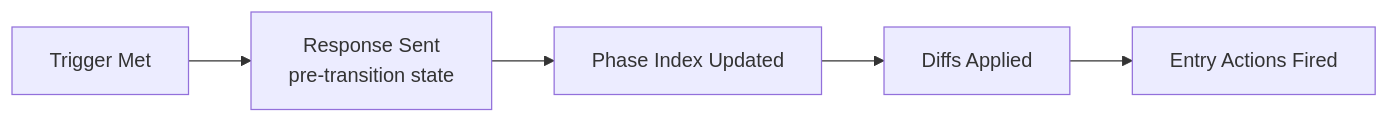
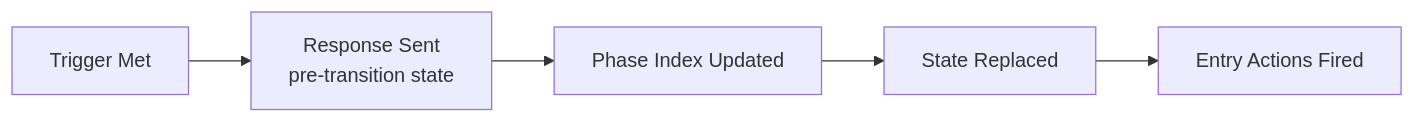
The second of 2 diagrams in docs-site/docs/explanation/phase-engine.mdx (thoughtgate/thoughtjack), drawn with Mermaid before and after one commit. The commit also changed other lines of this file and 23 other files, not shown here.

First line of the commit message:
docs: update docs content to reflect OATF multi-protocol architecture

````diff
--- a/docs-site/docs/explanation/phase-engine.mdx
+++ b/docs-site/docs/explanation/phase-engine.mdx
@@ -36,7 +36,7 @@
 ```mermaid
 graph LR
     A[Trigger Met] --> B[Response Sent<br/>pre-transition state]
     B --> C[Phase Index Updated]
-    C --> D[Diffs Applied]
+    C --> D[State Replaced]
     D --> E[Entry Actions Fired]
 ```
````
